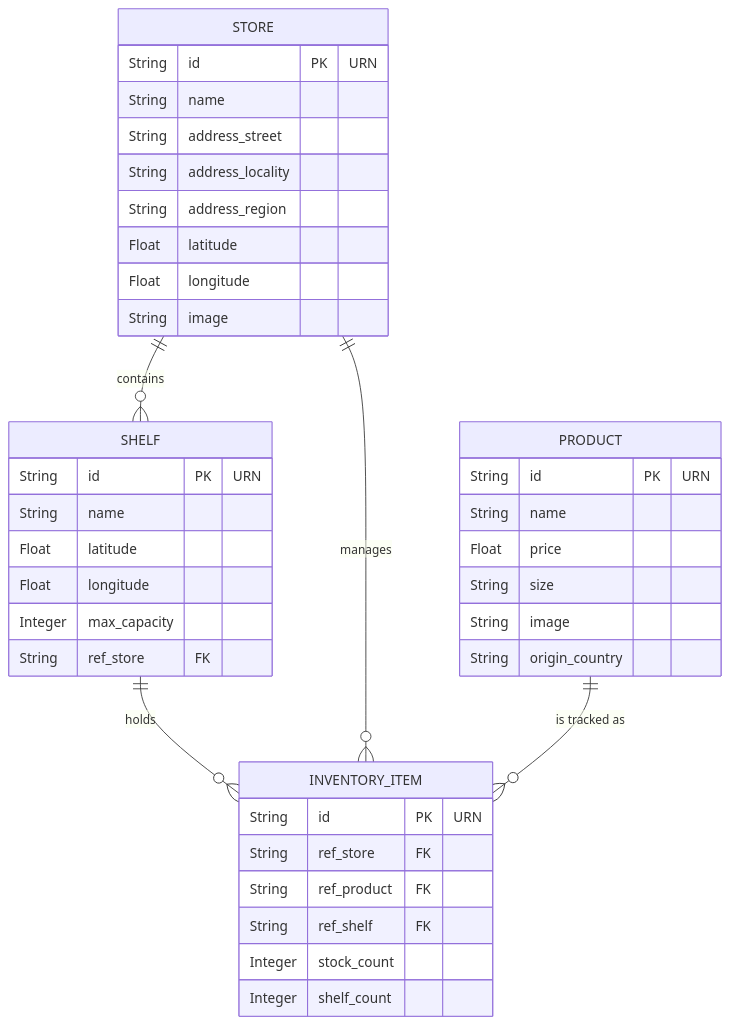
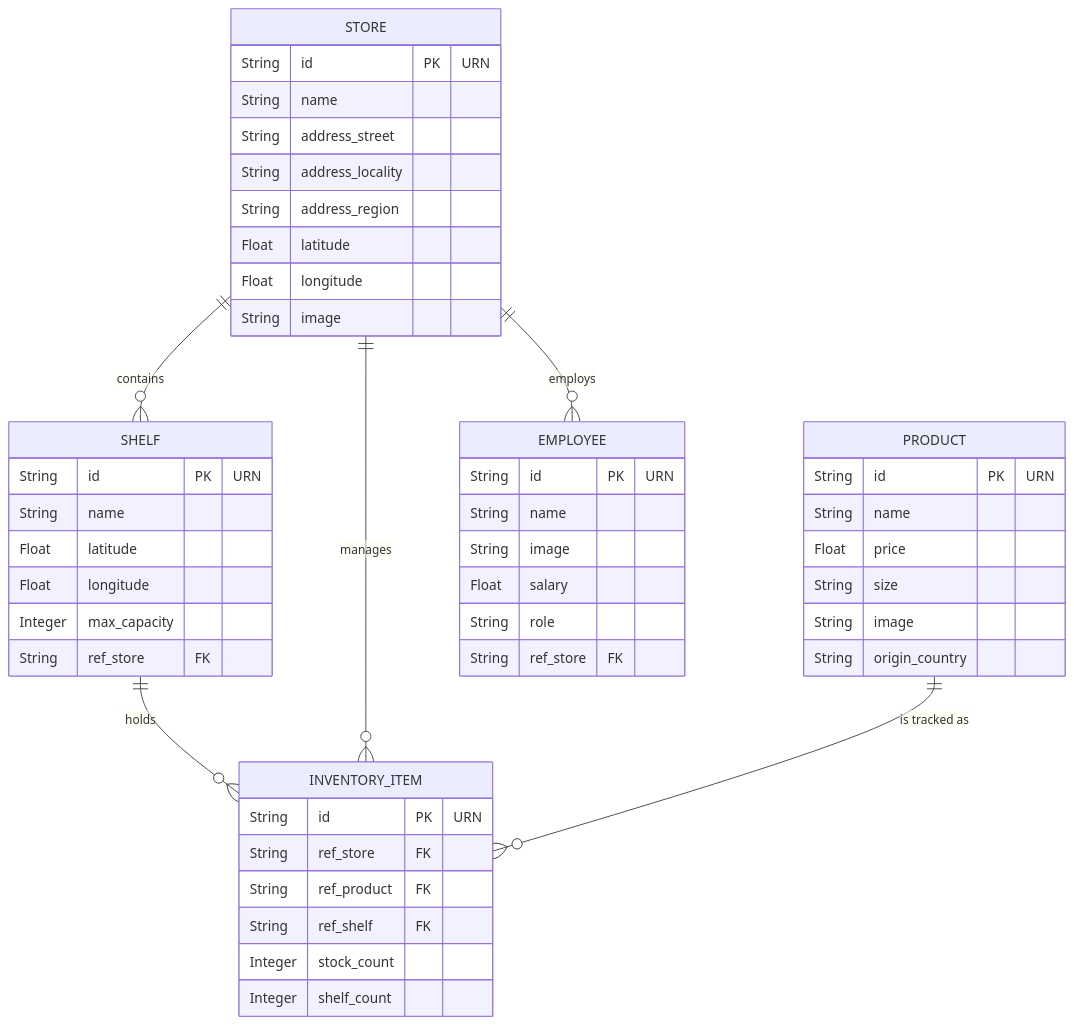
One commit to nicolasallerponte/fiware-store-manager changed the diagram in docs/data_model.md. Above: the diagram before and after it, drawn with Mermaid. The commit also changed other lines of this file and 21 other files, not shown here.

First line of the commit message:
feat: add Employee entity with FIWARE NGSIv2 URN pattern

````diff
--- a/docs/data_model.md
+++ b/docs/data_model.md
@@ -9,45 +9,55 @@
 ```mermaid
 erDiagram
     STORE ||--o{ SHELF : "contains"
     SHELF ||--o{ INVENTORY_ITEM : "holds"
     STORE ||--o{ INVENTORY_ITEM : "manages"
     PRODUCT ||--o{ INVENTORY_ITEM : "is tracked as"
+    STORE ||--o{ EMPLOYEE : "employs"
 
     STORE {
         String id PK "URN"
         String name
         String address_street
         String address_locality
         String address_region
         Float latitude
         Float longitude
         String image
     }
 
     SHELF {
         String id PK "URN"
         String name
         Float latitude
         Float longitude
         Integer max_capacity
         String ref_store FK
     }
 
     PRODUCT {
         String id PK "URN"
         String name
         Float price
         String size
         String image
         String origin_country
     }
 
     INVENTORY_ITEM {
         String id PK "URN"
         String ref_store FK
         String ref_product FK
         String ref_shelf FK
         Integer stock_count
         Integer shelf_count
     }
+
+    EMPLOYEE {
+        String id PK "URN"
+        String name
+        String image
+        Float salary
+        String role
+        String ref_store FK
+    }
 ```
````
